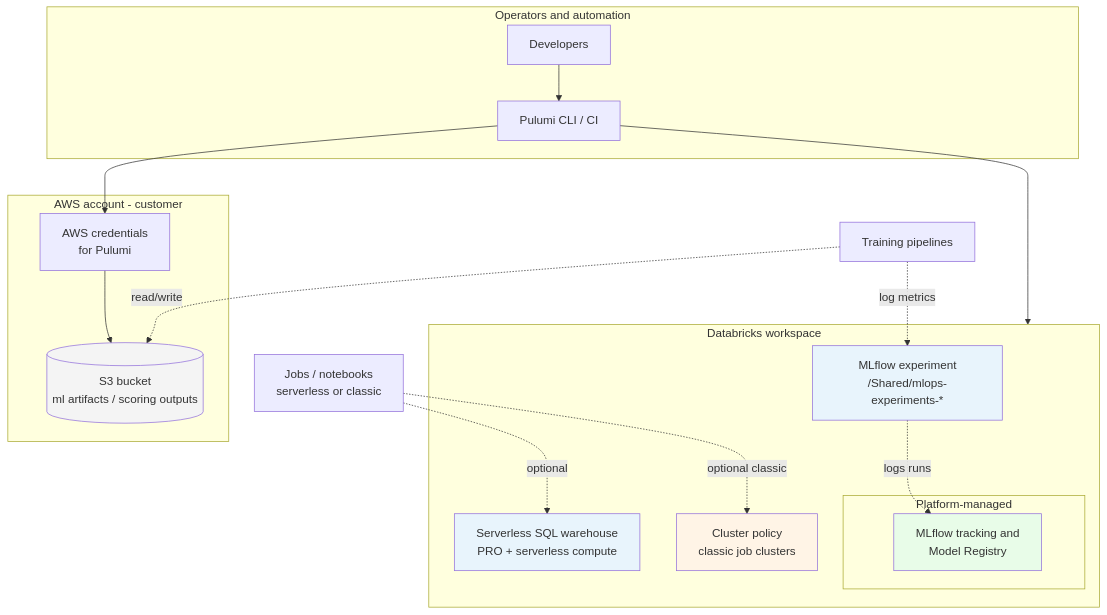
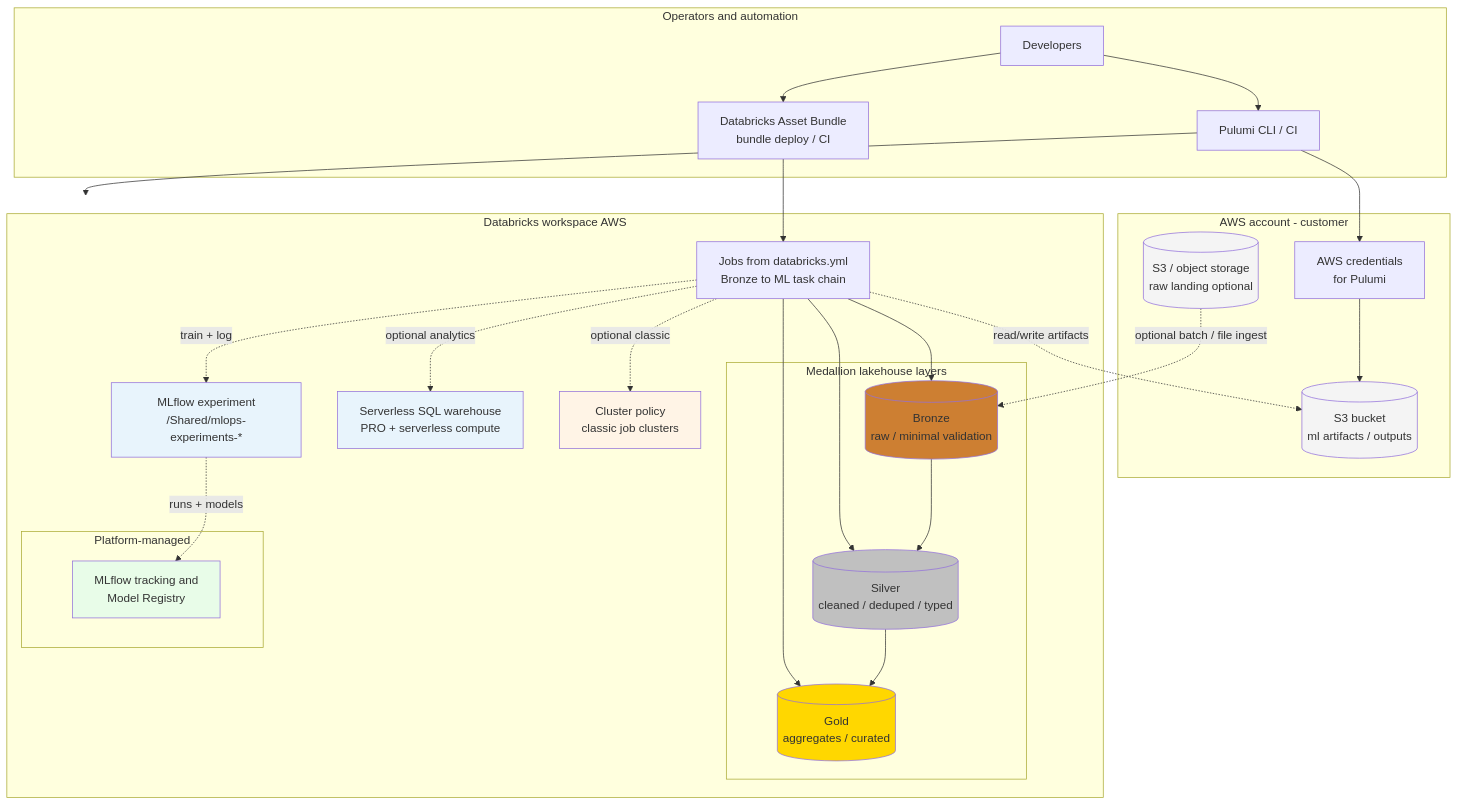
Before and after one commit to yicheung/Databricks: the diagram in docs/databricks-mlops-aws-architecture.mmd, drawn with Mermaid. The commit also changed 15 other files, not shown here.

First line of the commit message:
Add medallion Bronze→Silver→Gold templates and Databricks bundle

````diff
--- a/docs/databricks-mlops-aws-architecture.mmd
+++ b/docs/databricks-mlops-aws-architecture.mmd
@@ -1,40 +1,62 @@
-%% databricks-mlops-aws — architecture (Mermaid source)
+%% databricks-mlops-aws + medallion — architecture (Mermaid source)
+%% Medallion reference: https://docs.databricks.com/aws/en/lakehouse/medallion
 %% Use in GitHub/GitLab by pasting into a fenced ```mermaid block, or open with https://mermaid.live/
 %% Optional CLI: npx @mermaid-js/mermaid-cli -i docs/databricks-mlops-aws-architecture.mmd -o architecture.svg
 
 flowchart TB
   subgraph operators [Operators and automation]
     Dev[Developers]
     PulumiCLI[Pulumi CLI / CI]
+    DAB[Databricks Asset Bundle\nbundle deploy / CI]
   end
 
   subgraph aws [AWS account - customer]
-    S3[(S3 bucket\nml artifacts / scoring outputs)]
+    S3Landing[(S3 / object storage\nraw landing optional)]
+    S3Artifacts[(S3 bucket\nml artifacts / outputs)]
     IAM[AWS credentials\nfor Pulumi]
   end
 
-  subgraph databricks [Databricks workspace]
+  subgraph databricks [Databricks workspace AWS]
+    subgraph medallion [Medallion lakehouse layers]
+      Bronze[(Bronze\nraw / minimal validation)]
+      Silver[(Silver\ncleaned / deduped / typed)]
+      Gold[(Gold\naggregates / curated)]
+      Bronze --> Silver --> Gold
+    end
+
     subgraph managed [Platform-managed]
       MLflowReg[MLflow tracking and\nModel Registry]
     end
+
     Exp[MLflow experiment\n/Shared/mlops-experiments-*]
     SQLW[Serverless SQL warehouse\nPRO + serverless compute]
     Policy[Cluster policy\nclassic job clusters]
+    Jobs[Jobs from databricks.yml\nBronze to ML task chain]
   end
 
   Dev --> PulumiCLI
+  Dev --> DAB
   PulumiCLI --> IAM
-  IAM --> S3
+  IAM --> S3Artifacts
   PulumiCLI --> databricks
 
-  Exp -.->|logs runs| MLflowReg
-  Jobs[Jobs / notebooks\nserverless or classic] -.->|optional| SQLW
+  S3Landing -.->|optional batch / file ingest| Bronze
+  DAB --> Jobs
+  Jobs --> Bronze
+  Jobs --> Silver
+  Jobs --> Gold
+  Jobs -.->|train + log| Exp
+  Exp -.->|runs + models| MLflowReg
+  Jobs -.->|read/write artifacts| S3Artifacts
+  Jobs -.->|optional analytics| SQLW
   Jobs -.->|optional classic| Policy
-  Train[Training pipelines] -.->|read/write| S3
-  Train -.->|log metrics| Exp
 
-  style S3 fill:#f4f4f4
+  style S3Landing fill:#f4f4f4
+  style S3Artifacts fill:#f4f4f4
+  style Bronze fill:#cd7f32
+  style Silver fill:#c0c0c0
+  style Gold fill:#ffd700
   style Exp fill:#e8f4fc
   style SQLW fill:#e8f4fc
   style Policy fill:#fff4e6
   style MLflowReg fill:#e8fce8
````
